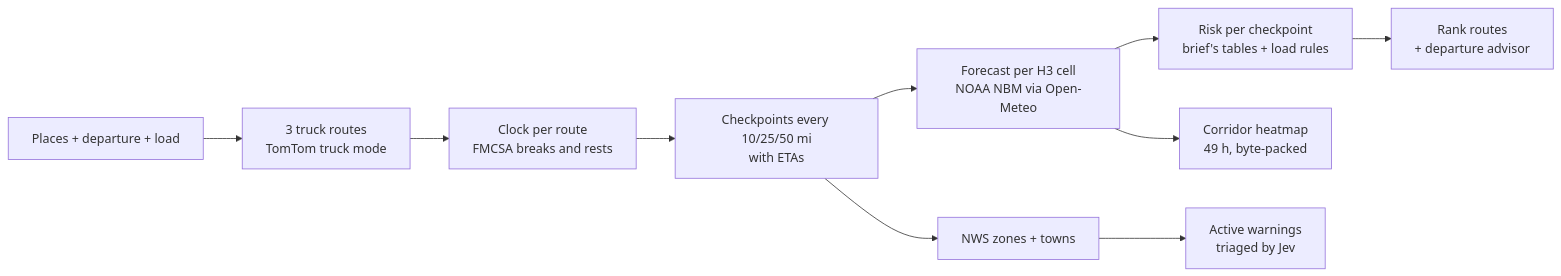
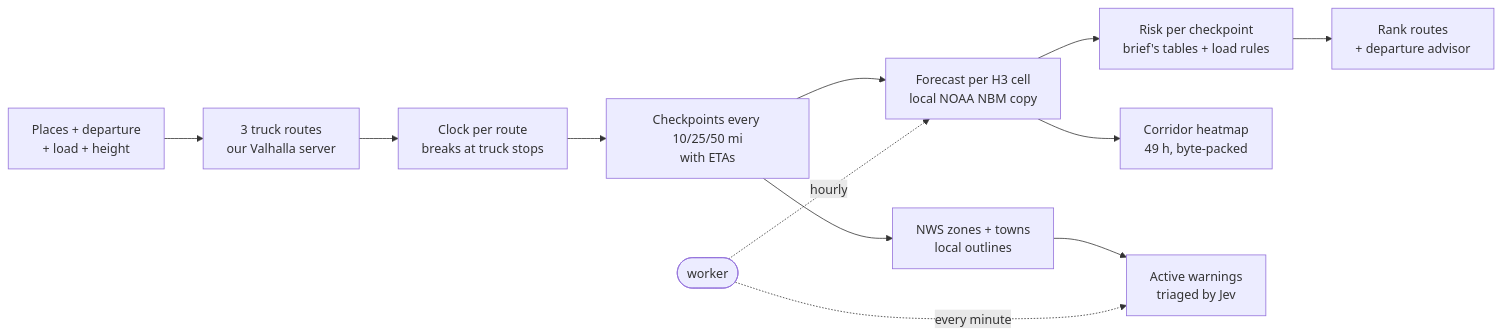
The diagram in README.md (shikherjha/spotter-weather-routing), drawn with Mermaid before and after one commit. The commit also changed other lines of this file and 2 other files, not shown here.

````diff
--- a/README.md
+++ b/README.md
@@ -24,11 +27,13 @@
 ```mermaid
 flowchart LR
-  A[Places + departure + load] --> B[3 truck routes<br/>TomTom truck mode]
-  B --> C[Clock per route<br/>FMCSA breaks and rests]
+  A[Places + departure<br/>+ load + height] --> B[3 truck routes<br/>our Valhalla server]
+  B --> C[Clock per route<br/>breaks at truck stops]
   C --> D[Checkpoints every 10/25/50 mi<br/>with ETAs]
-  D --> E[Forecast per H3 cell<br/>NOAA NBM via Open-Meteo]
+  D --> E[Forecast per H3 cell<br/>local NOAA NBM copy]
   E --> F[Risk per checkpoint<br/>brief's tables + load rules]
   F --> G[Rank routes<br/>+ departure advisor]
   E --> H[Corridor heatmap<br/>49 h, byte-packed]
-  D --> I[NWS zones + towns] --> J[Active warnings<br/>triaged by Jev]
+  D --> I[NWS zones + towns<br/>local outlines] --> J[Active warnings<br/>triaged by Jev]
+  W([worker]) -. hourly .-> E
+  W -. every minute .-> J
 ```
````
